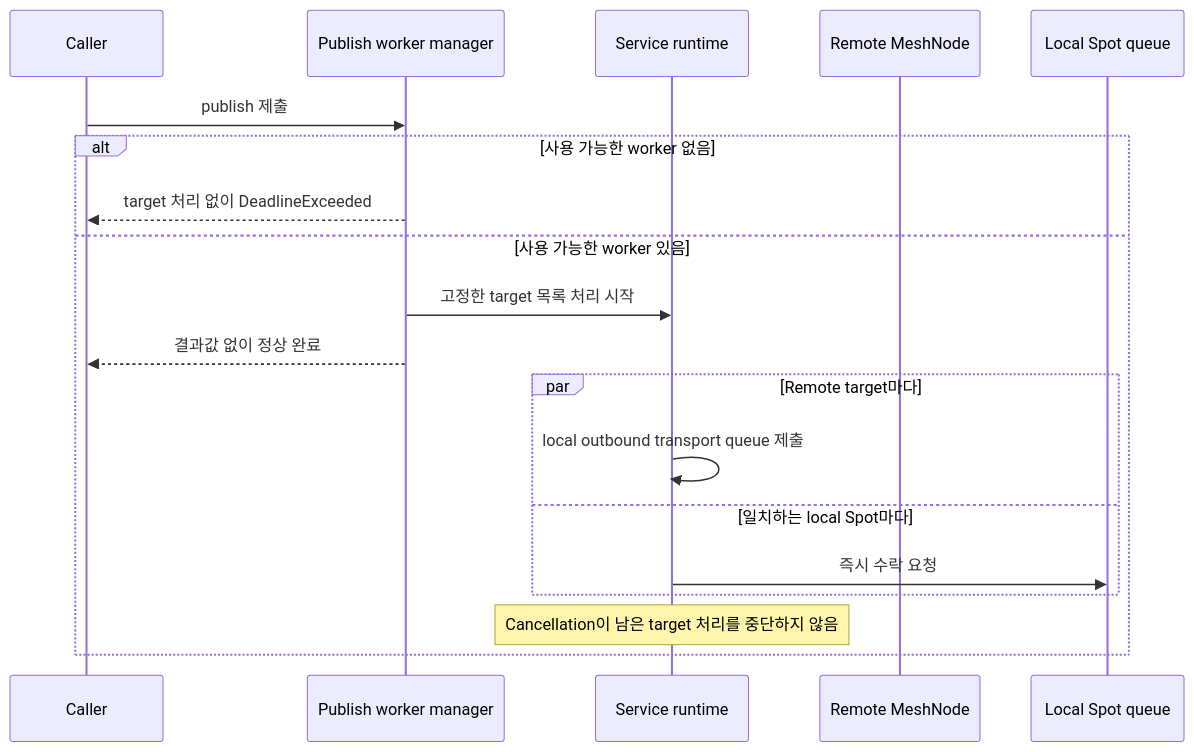
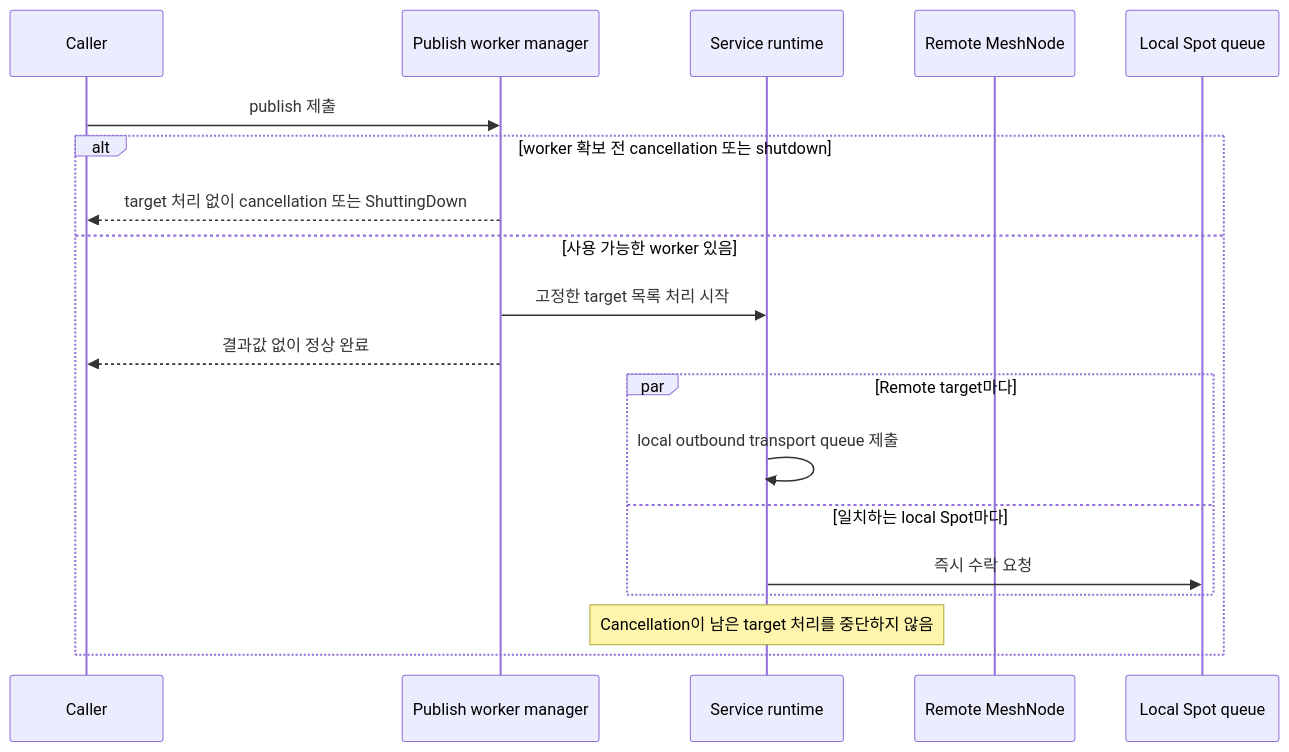
The second of 2 diagrams in framework/doc/framework/common/spec/server/03-spot-actor/02-spot-messaging.ko.md (zlink-systems/zlink), drawn with Mermaid before and after one commit. The commit also changed other lines of this file and 64 other files, not shown here.

````diff
--- a/framework/doc/framework/common/spec/server/03-spot-actor/02-spot-messaging.ko.md
+++ b/framework/doc/framework/common/spec/server/03-spot-actor/02-spot-messaging.ko.md
@@ -595,22 +589,22 @@
 ```mermaid
 sequenceDiagram
     participant Caller
     participant Executor as Publish worker manager
     participant Runtime as Service runtime
     participant Remote as Remote MeshNode
     participant Local as Local Spot queue
 
     Caller->>Executor: publish 제출
-    alt 사용 가능한 worker 없음
-        Executor-->>Caller: target 처리 없이 DeadlineExceeded
+    alt worker 확보 전 cancellation 또는 shutdown
+        Executor-->>Caller: target 처리 없이 cancellation 또는 ShuttingDown
     else 사용 가능한 worker 있음
         Executor->>Runtime: 고정한 target 목록 처리 시작
         Executor-->>Caller: 결과값 없이 정상 완료
         par Remote target마다
             Runtime->>Runtime: local outbound transport queue 제출
         and 일치하는 local Spot마다
             Runtime->>Local: 즉시 수락 요청
         end
         Note over Runtime: Cancellation이 남은 target 처리를 중단하지 않음
     end
 ```
````
